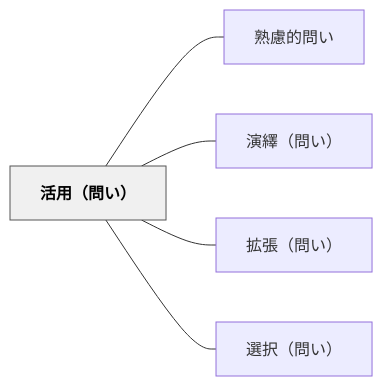
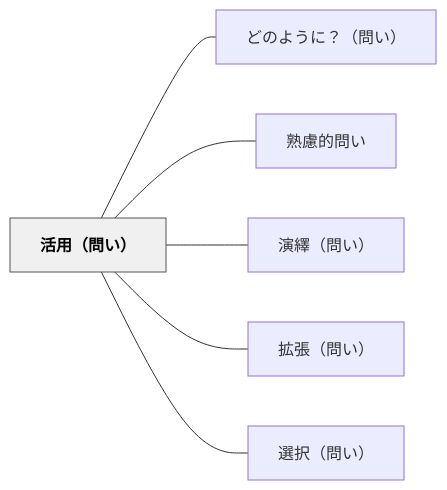
Before and after one commit to unknownthings-ed-patterns/unknownthings-ed-patterns: the diagram in content/パタン/活用（問い）.md, drawn with Mermaid. The commit also changed other lines of this file and 473 other files, not shown here.

````diff
--- a/content/パタン/活用（問い）.md
+++ b/content/パタン/活用（問い）.md
@@ -48,16 +49,18 @@
 ```mermaid
 flowchart LR
     ne6b4bbe794a8["活用（問い）"]
+    ne381a9e381ae["どのように？（問い）"]
     ne7869fe685ae["熟慮的問い"]
     ne6bc94e7b9b9["演繹（問い）"]
     ne68ba1e5bcb5["拡張（問い）"]
     ne981b8e68a9e["選択（問い）"]
 
+    ne6b4bbe794a8 --- ne381a9e381ae
     ne6b4bbe794a8 --- ne7869fe685ae
     ne6b4bbe794a8 --- ne6bc94e7b9b9
     ne6b4bbe794a8 --- ne68ba1e5bcb5
     ne6b4bbe794a8 --- ne981b8e68a9e
 
     classDef hub fill:#f0f0f0,stroke:#555,color:#000,font-weight:bold
     class ne6b4bbe794a8 hub
 ```
````
